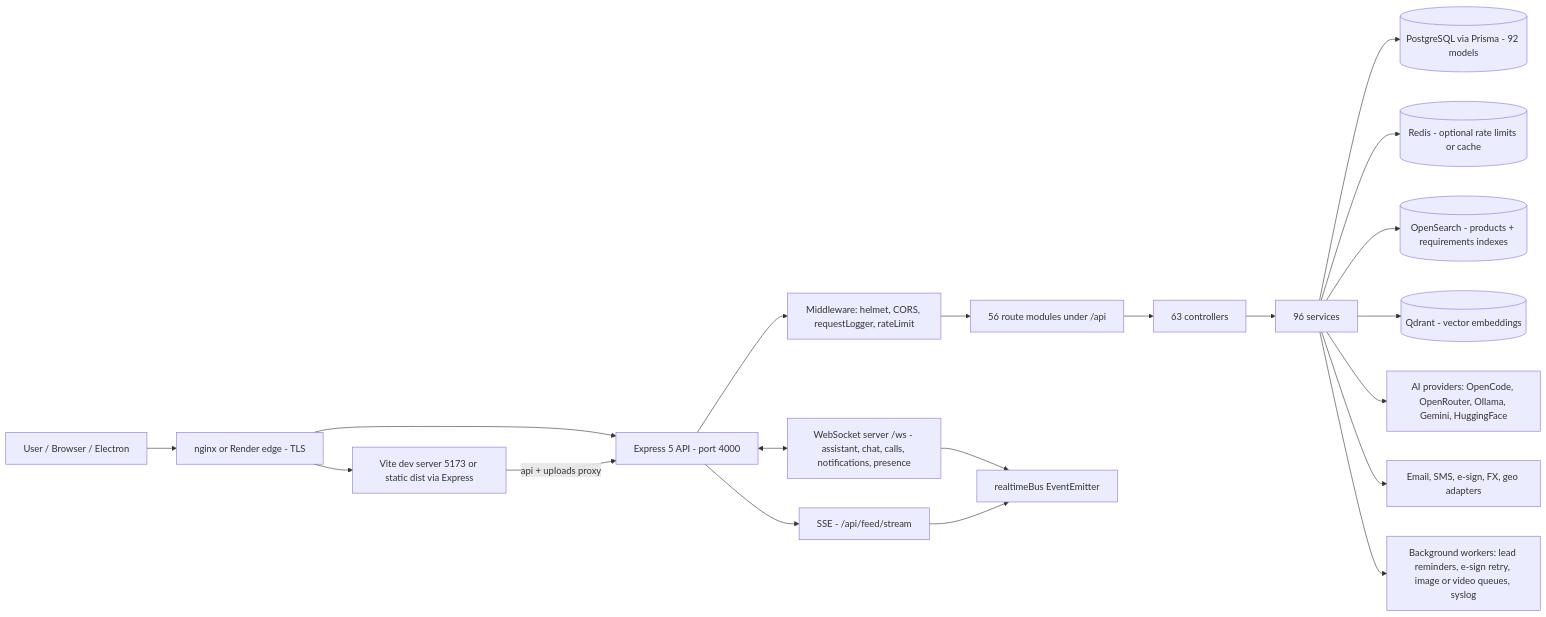
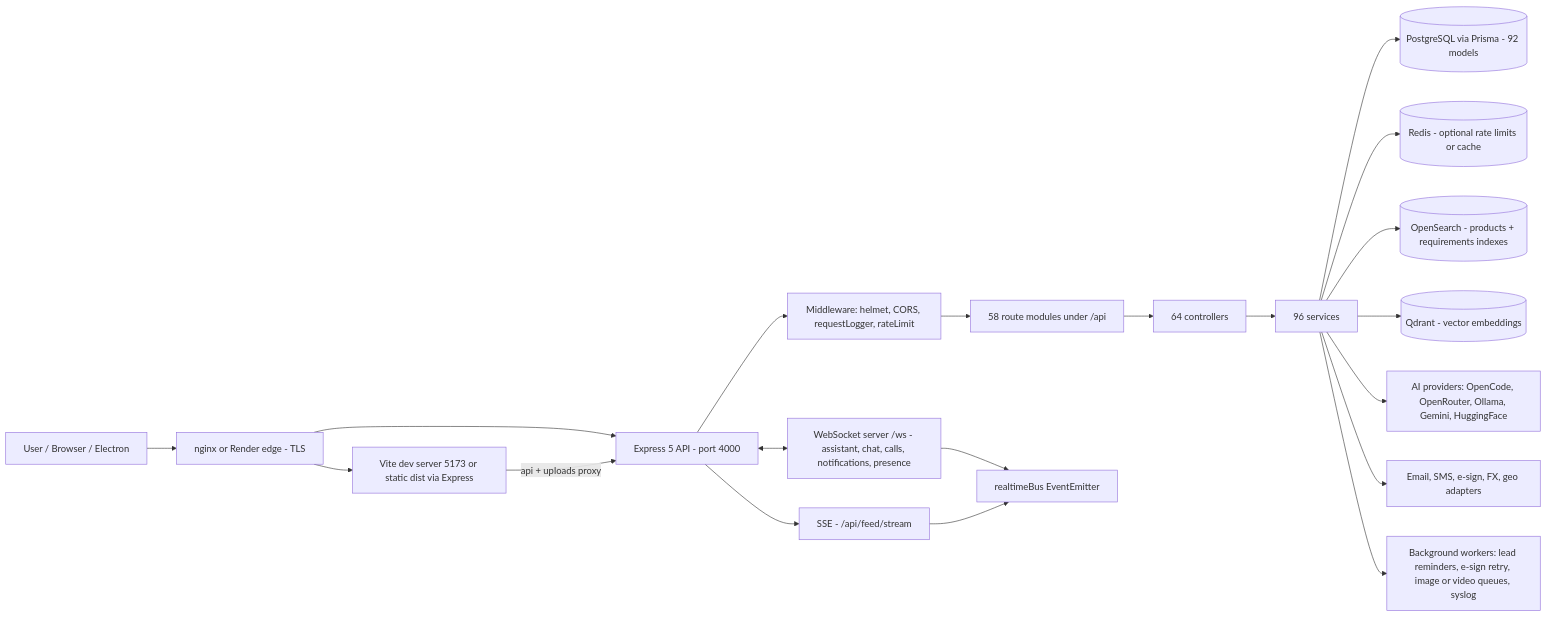
One commit to gamertoky1188gro/A-Peronson-s-Website changed the first of 3 diagrams in README.md. Above: the diagram before and after it, drawn with Mermaid. The commit also changed other lines of this file, not shown here.

Commit message:
docs: fix factual inaccuracies in README (route/controller/migration/utils counts)

````diff
--- a/README.md
+++ b/README.md
@@ -178,25 +178,25 @@
 ```mermaid
 flowchart LR
     U[User / Browser / Electron] --> N[nginx or Render edge - TLS]
     N --> V[Vite dev server 5173 or static dist via Express]
     N --> E[Express 5 API - port 4000]
     V -->|api + uploads proxy| E
 
     E --> M[Middleware: helmet, CORS, requestLogger, rateLimit]
-    M --> R[56 route modules under /api]
-    R --> C[63 controllers]
+    M --> R[58 route modules under /api]
+    R --> C[64 controllers]
     C --> S[96 services]
     S --> P[(PostgreSQL via Prisma - 92 models)]
     S --> RED[(Redis - optional rate limits or cache)]
     S --> OS[(OpenSearch - products + requirements indexes)]
     S --> QD[(Qdrant - vector embeddings)]
     S --> AI[AI providers: OpenCode, OpenRouter, Ollama, Gemini, HuggingFace]
     S --> EM[Email, SMS, e-sign, FX, geo adapters]
 
     E <--> W[WebSocket server /ws - assistant, chat, calls, notifications, presence]
     E --> SSE[SSE - /api/feed/stream]
     W --> BUS[realtimeBus EventEmitter]
     SSE --> BUS
 
     S --> WORK[Background workers: lead reminders, e-sign retry, image or video queues, syslog]
 ```
````
